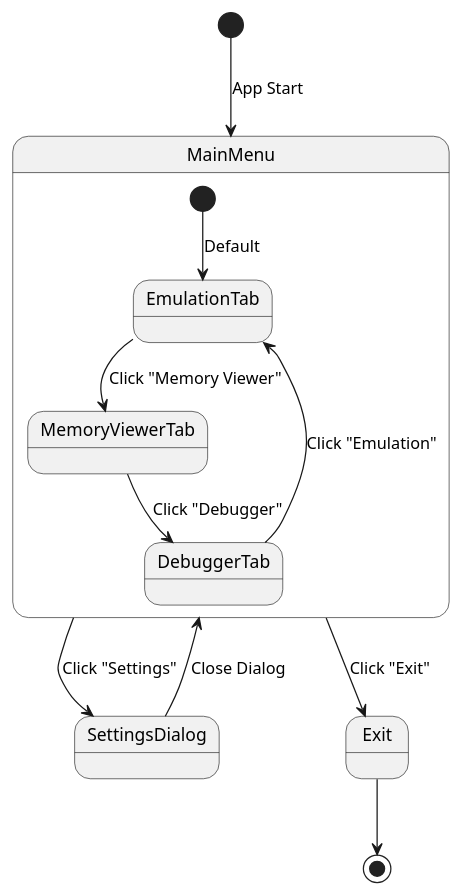
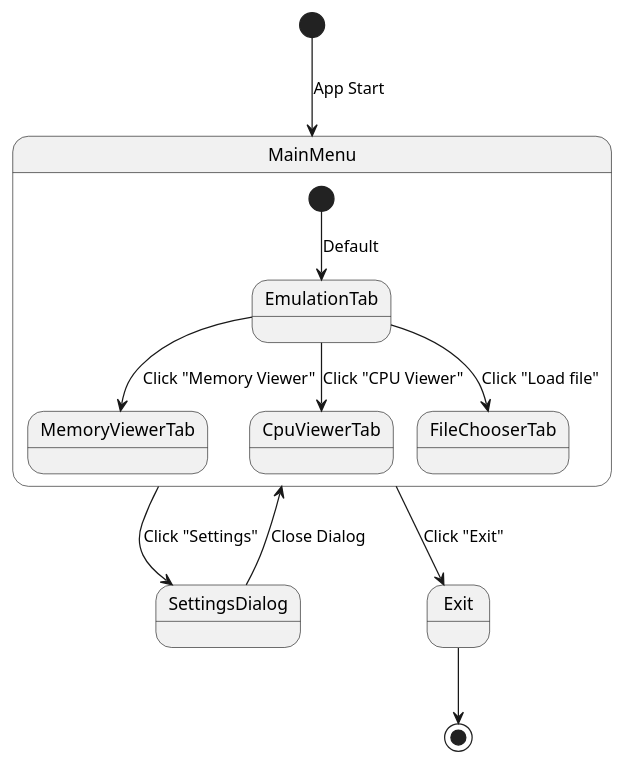
Before and after one commit to leonv01/CilogC80: the diagram in uml/state_diagram/state_diagram.wsd, drawn with PlantUML. The commit also changed 5 other files, not shown here.

Commit message:
-State diagram update -Add add_test assembly -Add space bar input for cpu execution step

```diff
--- a/uml/state_diagram/state_diagram.wsd
+++ b/uml/state_diagram/state_diagram.wsd
@@ -1,16 +1,16 @@
 @startuml State_Diagram
 [*] --> MainMenu : App Start
 
 state MainMenu {
     [*] --> EmulationTab : Default
     EmulationTab --> MemoryViewerTab : Click "Memory Viewer"
-    MemoryViewerTab --> DebuggerTab : Click "Debugger"
-    DebuggerTab --> EmulationTab : Click "Emulation"
+    EmulationTab --> CpuViewerTab : Click "CPU Viewer"
+    EmulationTab --> FileChooserTab : Click "Load file"
 }
 
 MainMenu --> SettingsDialog : Click "Settings"
 SettingsDialog --> MainMenu : Close Dialog
 
 MainMenu --> Exit : Click "Exit"
 Exit --> [*]
 @enduml
```
